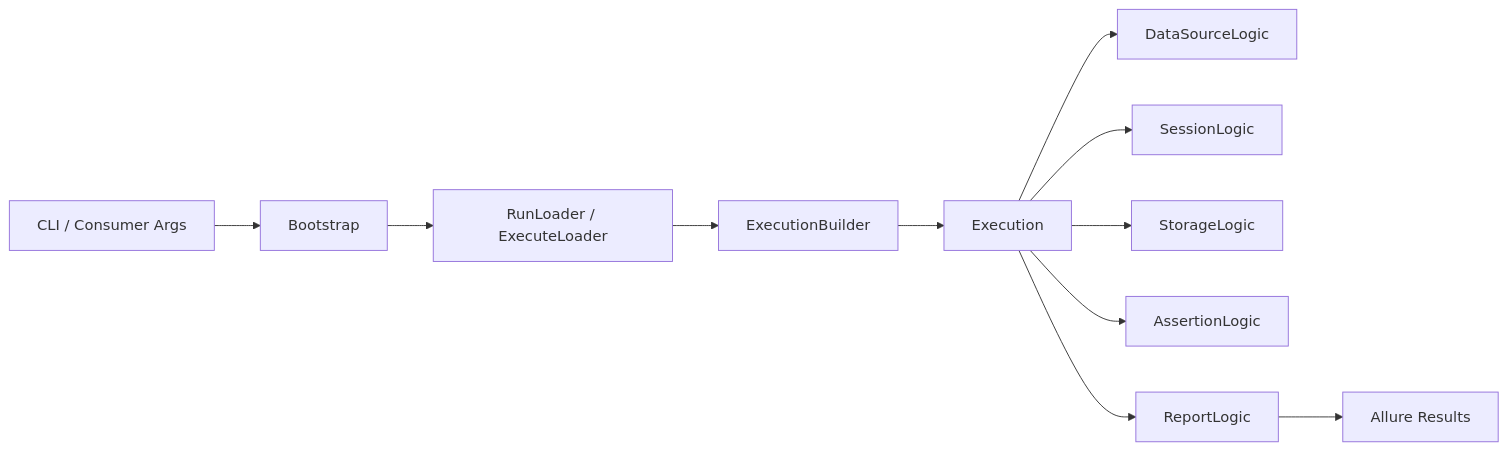
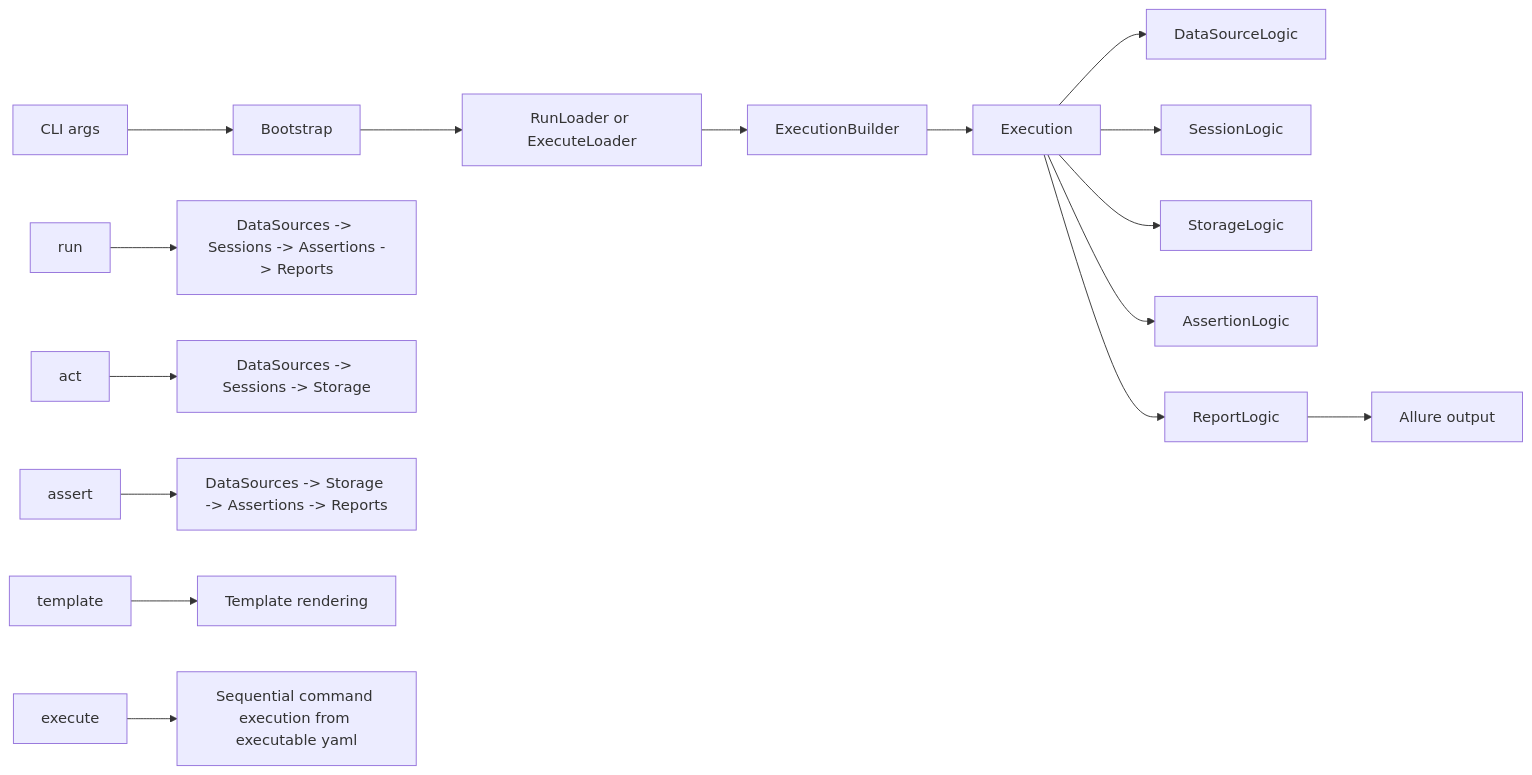
One commit to TheSmokeTeam/QaaS.Runner changed the diagram in README.md. Above: the diagram before and after it, drawn with Mermaid. The commit also changed other lines of this file and 2 other files, not shown here.

````diff
--- a/README.md
+++ b/README.md
@@ -50,13 +52,20 @@
 ```mermaid
 flowchart LR
-  A["CLI / Consumer Args"] --> B["Bootstrap"]
-  B --> C["RunLoader / ExecuteLoader"]
+  A["CLI args"] --> B["Bootstrap"]
+  B --> C["RunLoader or ExecuteLoader"]
   C --> D["ExecutionBuilder"]
   D --> E["Execution"]
+
   E --> F["DataSourceLogic"]
   E --> G["SessionLogic"]
   E --> H["StorageLogic"]
   E --> I["AssertionLogic"]
   E --> J["ReportLogic"]
-  J --> K["Allure Results"]
+  J --> K["Allure output"]
+
+  L["run"] --> M["DataSources -> Sessions -> Assertions -> Reports"]
+  N["act"] --> O["DataSources -> Sessions -> Storage"]
+  P["assert"] --> Q["DataSources -> Storage -> Assertions -> Reports"]
+  R["template"] --> S["Template rendering"]
+  T["execute"] --> U["Sequential command execution from executable yaml"]
 ```
````
